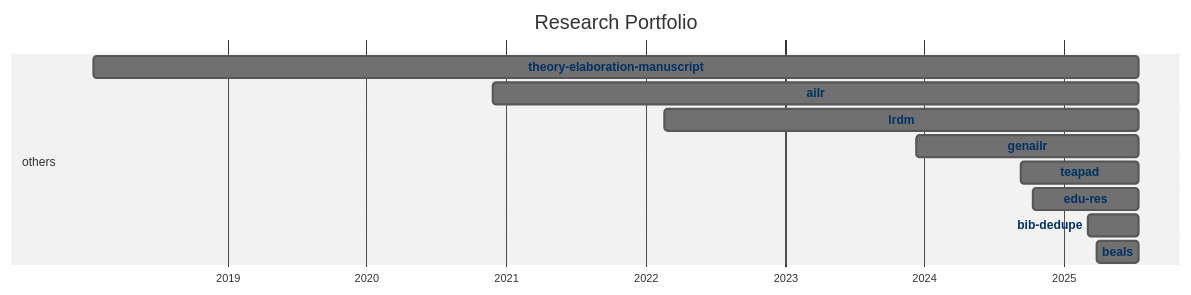
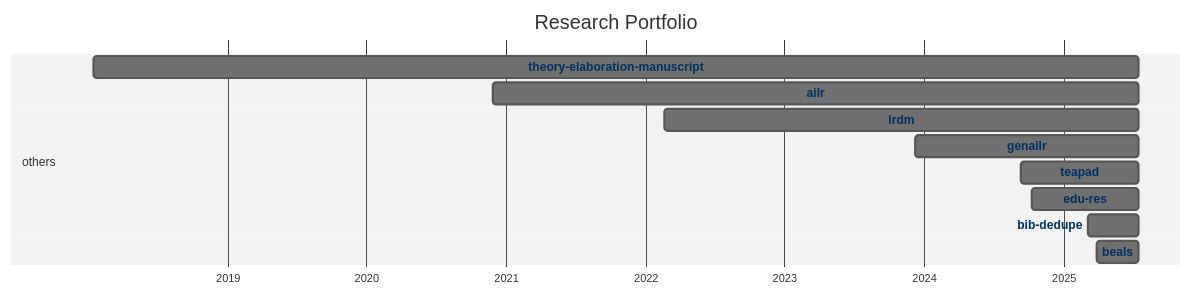
One commit to digital-work-lab/handbook changed the diagram in docs/20-research/25-projects-gantt.md. Above: the diagram before and after it, drawn with Mermaid (neutral theme).

Commit message:
Update repository overview

````diff
--- a/docs/20-research/25-projects-gantt.md
+++ b/docs/20-research/25-projects-gantt.md
@@ -8,35 +8,35 @@
 ```mermaid
 ---
 displayMode: compact
 ---
 gantt
 title Research Portfolio
 dateFormat YYYY-MM-DD
 axisFormat %Y
 
     section work_practices
 
     section distributed_organizing
 
     section knowledge_synthesis
 
     section others
-        beals :beals, 2025-03-28, 2025-07-15
-        bib-dedupe :bib-dedupe, 2025-03-04, 2025-07-15
-        edu-res :edu-res, 2024-10-10, 2025-07-15
-        teapad :teapad, 2024-09-10, 2025-07-15
-        genailr :genailr, 2023-12-10, 2025-07-15
-        lrdm :lrdm, 2022-02-20, 2025-07-15
-        ailr :ailr, 2020-11-26, 2025-07-15
-        theory-elaboration-manuscript :theory-elaboration-manuscript, 2018-01-15, 2025-07-15
+        beals :beals, 2025-03-28, 2025-07-16
+        bib-dedupe :bib-dedupe, 2025-03-04, 2025-07-16
+        edu-res :edu-res, 2024-10-10, 2025-07-16
+        teapad :teapad, 2024-09-10, 2025-07-16
+        genailr :genailr, 2023-12-10, 2025-07-16
+        lrdm :lrdm, 2022-02-20, 2025-07-16
+        ailr :ailr, 2020-11-26, 2025-07-16
+        theory-elaboration-manuscript :theory-elaboration-manuscript, 2018-01-15, 2025-07-16
 
 
     click beals href "{{ site.baseurl }}/docs/10-lab/18-resources/beals.html"
     click bib-dedupe href "{{ site.baseurl }}/docs/10-lab/18-resources/bib-dedupe.html"
     click edu-res href "{{ site.baseurl }}/docs/10-lab/18-resources/edu-res.html"
     click teapad href "{{ site.baseurl }}/docs/10-lab/18-resources/teapad.html"
     click genailr href "{{ site.baseurl }}/docs/10-lab/18-resources/genailr.html"
     click lrdm href "{{ site.baseurl }}/docs/10-lab/18-resources/lrdm.html"
     click ailr href "{{ site.baseurl }}/docs/10-lab/18-resources/ailr.html"
     click theory-elaboration-manuscript href "{{ site.baseurl }}/docs/10-lab/18-resources/theory-elaboration-manuscript.html"
 ```
````
